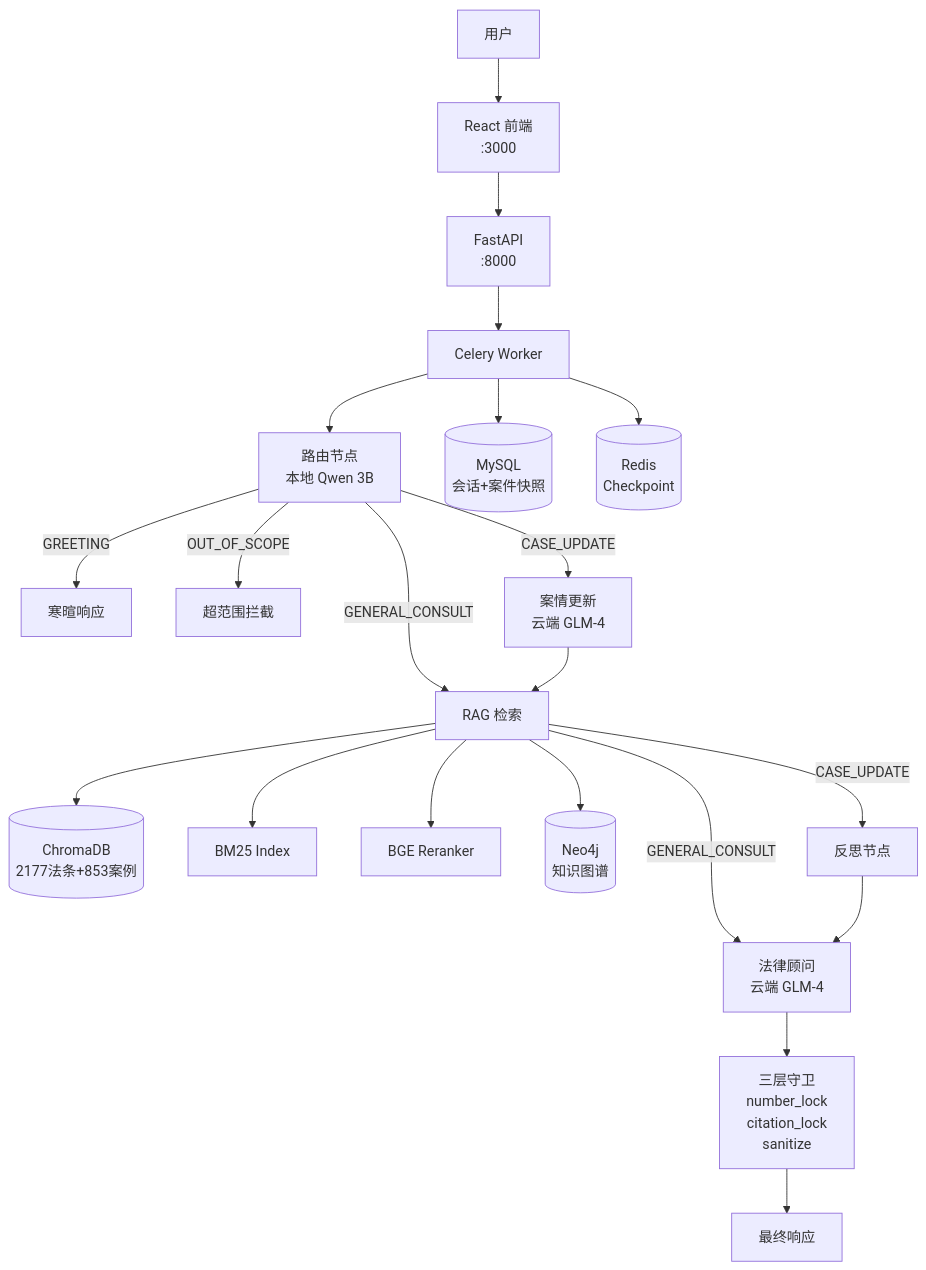
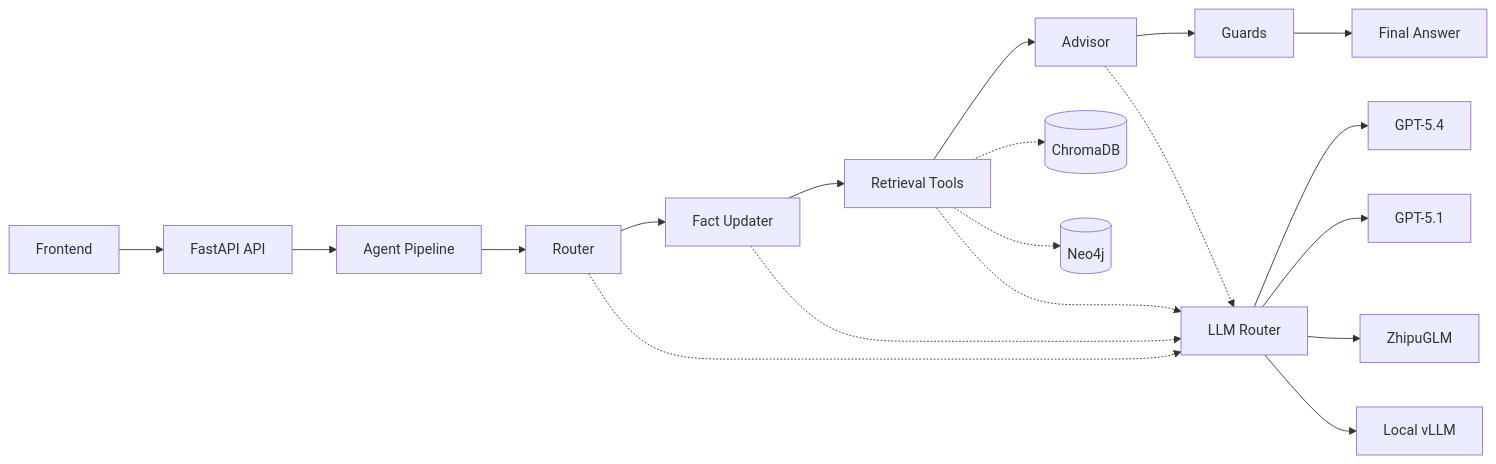
One commit to lglg88241-gif/Legal_Agent_V3 changed the diagram in README.md. Above: the diagram before and after it, drawn with Mermaid. The commit also changed other lines of this file and 1 other file, not shown here.

Commit message:
docs(readme): document grounded RAG refactor and defense outline

````diff
--- a/README.md
+++ b/README.md
@@ -36,28 +13,24 @@
 ```mermaid
-graph TB
-    User[用户] --> Frontend[React 前端<br/>:3000]
-    Frontend --> API[FastAPI<br/>:8000]
-    API --> Celery[Celery Worker]
+flowchart LR
+    UI[Frontend] --> API[FastAPI API]
+    API --> PIPE[Agent Pipeline]
+    PIPE --> ROUTER[Router]
+    ROUTER --> FACT[Fact Updater]
+    FACT --> RETR[Retrieval Tools]
+    RETR --> ADV[Advisor]
+    ADV --> GUARD[Guards]
+    GUARD --> OUT[Final Answer]
 
-    Celery --> Router[路由节点<br/>本地 Qwen 3B]
-    Router -->|GREETING| Greeting[寒暄响应]
-    Router -->|OUT_OF_SCOPE| OOS[超范围拦截]
-    Router -->|GENERAL_CONSULT| Researcher
-    Router -->|CASE_UPDATE| FactUpdater[案情更新<br/>云端 GLM-4]
+    RETR -.-> CHROMA[(ChromaDB)]
+    RETR -.-> NEO[(Neo4j)]
 
-    FactUpdater --> Researcher[RAG 检索]
-    Researcher --> ChromaDB[(ChromaDB<br/>2177法条+853案例)]
-    Researcher --> BM25[BM25 Index]
-    Researcher --> Reranker[BGE Reranker]
-    Researcher --> Neo4j[(Neo4j<br/>知识图谱)]
+    ROUTER -.-> LLM[LLM Router]
+    FACT -.-> LLM
+    RETR -.-> LLM
+    ADV -.-> LLM
 
-    Researcher -->|CASE_UPDATE| Reflector[反思节点]
-    Researcher -->|GENERAL_CONSULT| Advisor
-    Reflector --> Advisor[法律顾问<br/>云端 GLM-4]
-
-    Advisor --> Guards[三层守卫<br/>number_lock<br/>citation_lock<br/>sanitize]
-    Guards --> Result[最终响应]
-
-    Celery --> MySQL[(MySQL<br/>会话+案件快照)]
-    Celery --> Redis[(Redis<br/>Checkpoint)]
+    LLM --> GPT54[GPT-5.4]
+    LLM --> GPT51[GPT-5.1]
+    LLM --> ZHIPU[ZhipuGLM]
+    LLM --> VLLM[Local vLLM]
 ```
````
